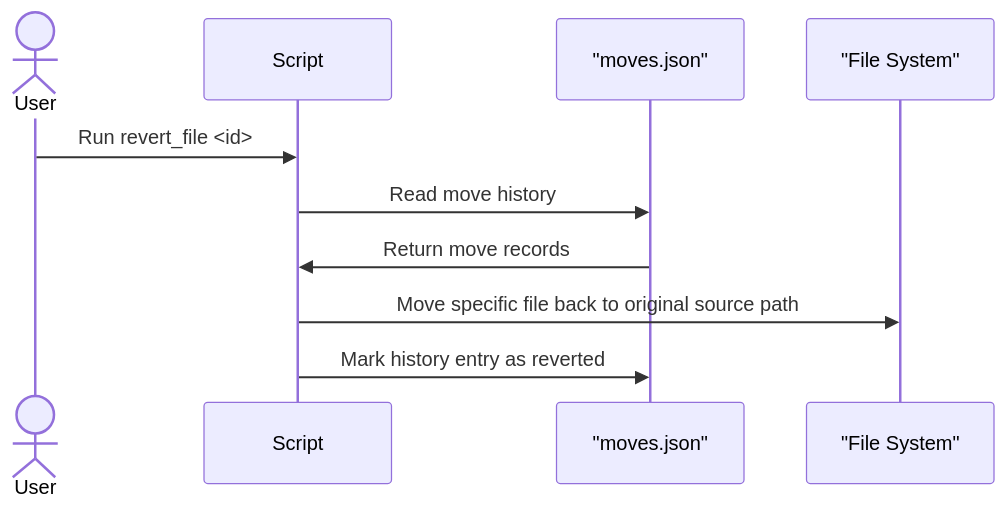
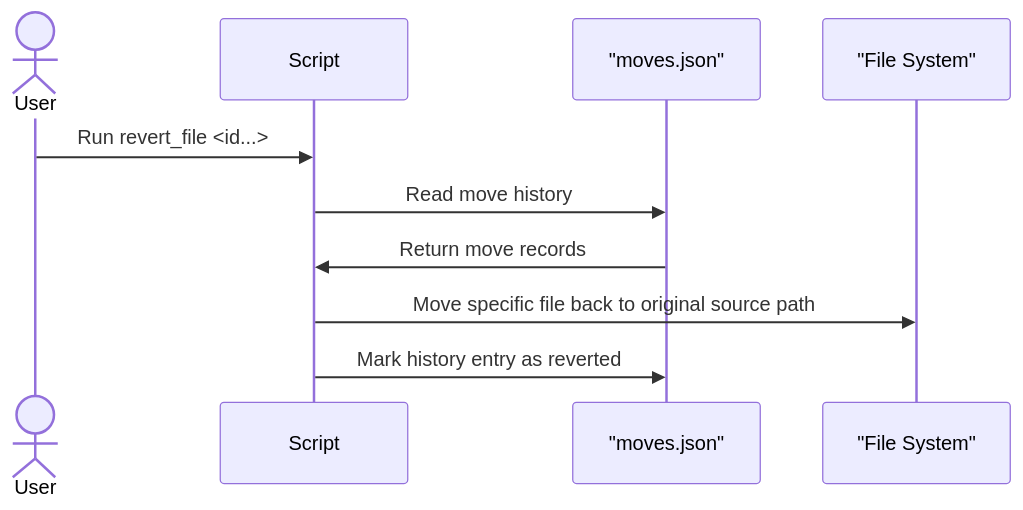
The third of 3 diagrams in README.md (Deelolade/file-organizer), drawn with Mermaid before and after one commit. The commit also changed other lines of this file and 4 other files, not shown here.

````diff
--- a/README.md
+++ b/README.md
@@ -67,13 +95,13 @@
 ```mermaid
 sequenceDiagram
   actor User
   participant Script
   participant Log as "moves.json"
   participant FS as "File System"
 
-  User->>Script: Run revert_file <id>
+  User->>Script: Run revert_file <id...>
   Script->>Log: Read move history
   Log->>Script: Return move records
   Script->>FS: Move specific file back to original source path
   Script->>Log: Mark history entry as reverted
 ```
````
